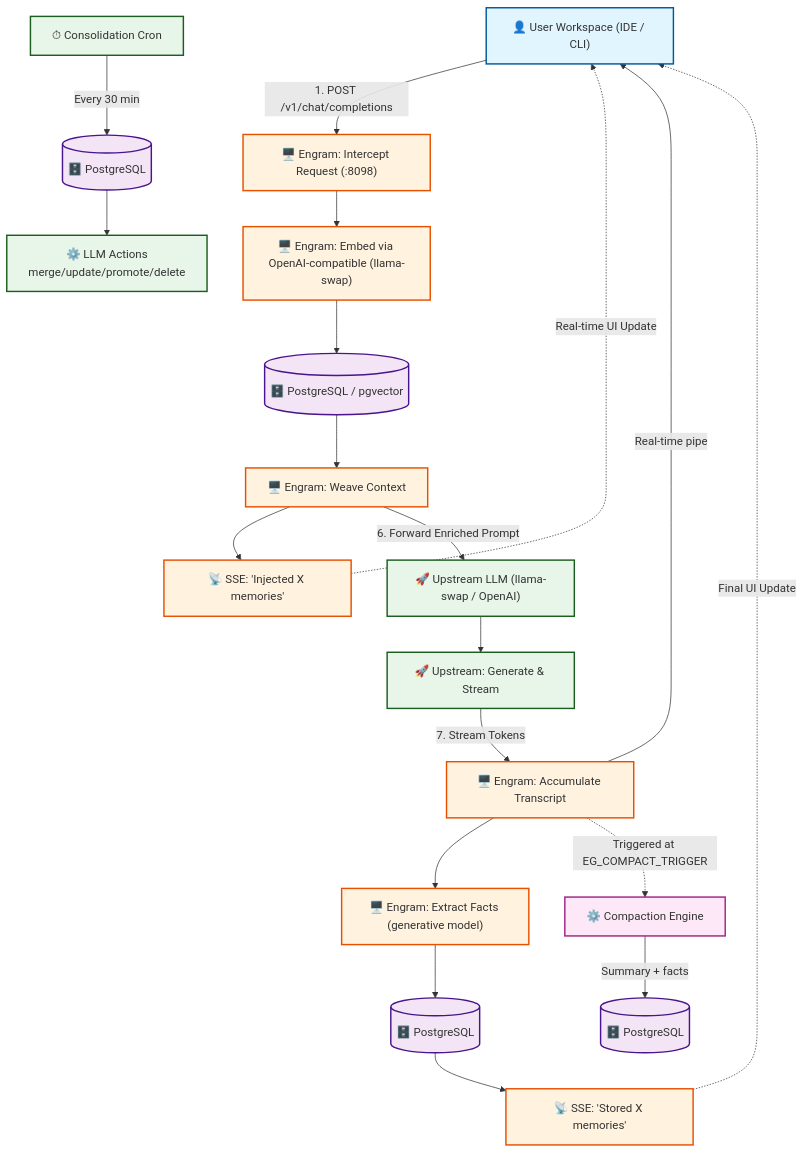
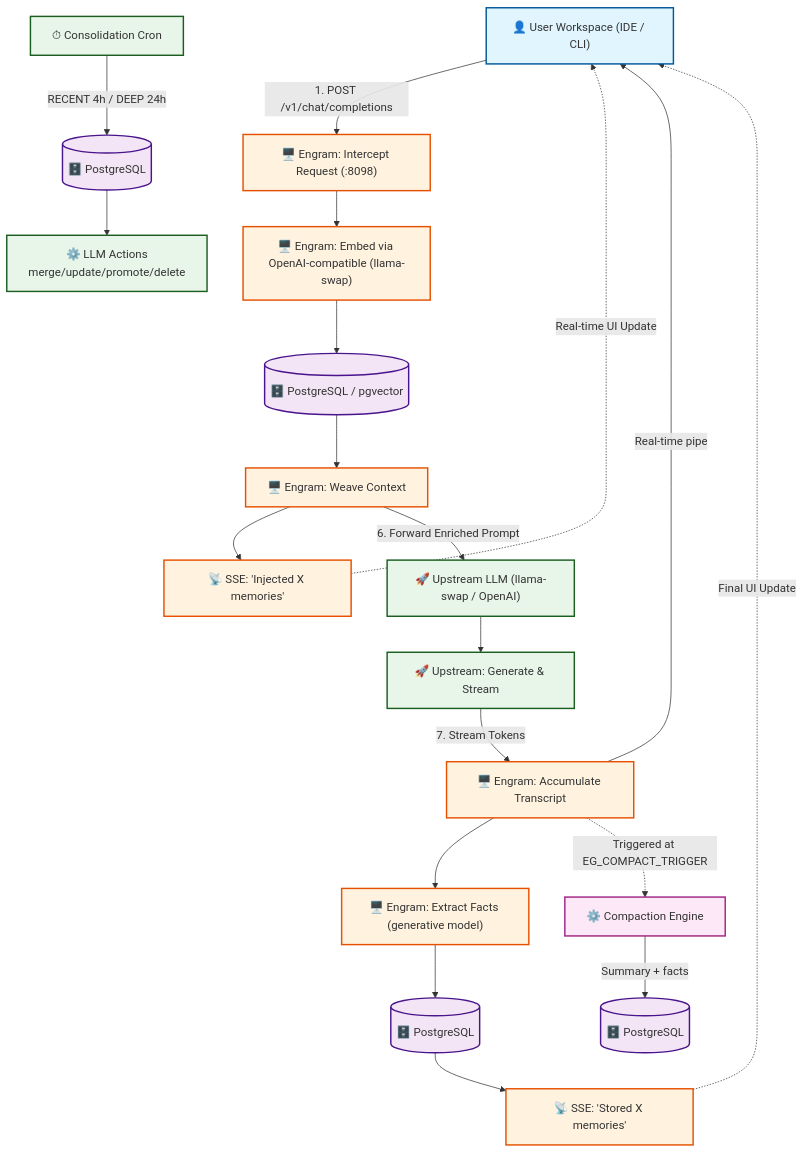
One commit to acester822/FTR10-Engram changed the diagram in AGENTS.md. Above: the diagram before and after it, drawn with Mermaid. The commit also changed other lines of this file and 1 other file, not shown here.

````diff
--- a/AGENTS.md
+++ b/AGENTS.md
@@ -33,52 +49,52 @@
 ```mermaid
 flowchart TD
     classDef user fill:#e1f5fe,stroke:#01579b,stroke-width:2px
     classDef engram fill:#fff3e0,stroke:#e65100,stroke-width:2px
     classDef upstream fill:#e8f5e9,stroke:#1b5e20,stroke-width:2px
     classDef db fill:#f3e5f5,stroke:#4a148c,stroke-width:2px
     classDef infra fill:#f0f0f0,stroke:#666,stroke-width:1px
 
     U["👤 User Workspace (IDE / CLI)"]:::user
 
     E1["🖥️ Engram: Intercept Request (:8098)"]:::engram
     E2["🖥️ Engram: Embed via OpenAI-compatible (llama-swap)"]:::engram
     E3[("🗄️ PostgreSQL / pgvector")]:::db
     E4["🖥️ Engram: Weave Context"]:::engram
     E5["📡 SSE: 'Injected X memories'"]:::engram
 
     UP1["🚀 Upstream LLM (llama-swap / OpenAI)"]:::upstream
     UP2["🚀 Upstream: Generate & Stream"]:::upstream
 
     E6["🖥️ Engram: Accumulate Transcript"]:::engram
     E7["🖥️ Engram: Extract Facts (generative model)"]:::engram
     E8[("🗄️ PostgreSQL")]:::db
     E9["📡 SSE: 'Stored X memories'"]:::engram
 
     U -->|"1. POST /v1/chat/completions"| E1
     E1 --> E2
     E2 --> E3
     E3 --> E4
     E4 --> E5
     E5 -.->|"Real-time UI Update"| U
     E4 -->|"6. Forward Enriched Prompt"| UP1
     UP1 --> UP2
     UP2 -->|"7. Stream Tokens"| E6
     E6 -->|"Real-time pipe"| U
     E6 --> E7
     E7 --> E8
     E8 --> E9
     E9 -.->|"Final UI Update"| U
 
     classDef compaction fill:#fde8f7,stroke:#a12483,stroke-width:2px
     C1["⚙️ Compaction Engine"]:::compaction
     C2[("🗄️ PostgreSQL")]:::db
     E6 -.->|"Triggered at EG_COMPACT_TRIGGER"| C1
     C1 -->|"Summary + facts"| C2
 
     classDef consolidation fill:#e8f5e9,stroke:#1b5e20,stroke-width:2px
     S1["⏱ Consolidation Cron"]:::consolidation
     S2[("🗄️ PostgreSQL")]:::db
     S3["⚙️ LLM Actions\nmerge/update/promote/delete"]:::consolidation
-    S1 -->|"Every 30 min"| S2
+    S1 -->|"RECENT 4h / DEEP 24h"| S2
     S2 --> S3
 ```
````
